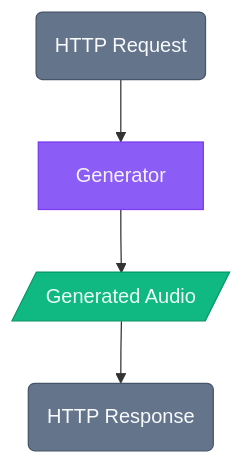
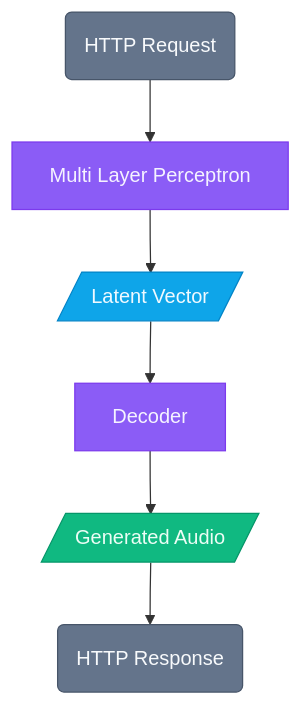
The third of 3 diagrams in notebooks/diagrams.md (vivekvjyn/GeoSynth), drawn with Mermaid before and after one commit. The commit also changed other lines of this file and 14 other files, not shown here.

````diff
--- a/notebooks/diagrams.md
+++ b/notebooks/diagrams.md
@@ -70,11 +77,15 @@
 ```mermaid
 flowchart TD
-    HRQ(HTTP Request) --> GEN[Generator]
-    GEN --> GA[/Generated Audio/]
+    HRQ(HTTP Request) --> MLP[Multi Layer Perceptron]
+    MLP --> LV[/Latent Vector/]
+    LV --> DE[Decoder]
+    DE --> GA[/Generated Audio/]
     GA --> HRS(HTTP Response)
 
     style HRQ fill:#64748b,stroke:#475569,color:#f8fafc
-    style GEN fill:#8b5cf6,stroke:#7c3aed,color:#f5f3ff
+    style MLP fill:#8b5cf6,stroke:#7c3aed,color:#f5f3ff
+    style LV fill:#0ea5e9,stroke:#0284c7,color:#f0f9ff
+    style DE fill:#8b5cf6,stroke:#7c3aed,color:#f5f3ff
     style GA fill:#10b981,stroke:#059669,color:#ecfdf5
     style HRS fill:#64748b,stroke:#475569,color:#f8fafc
 ```
````
